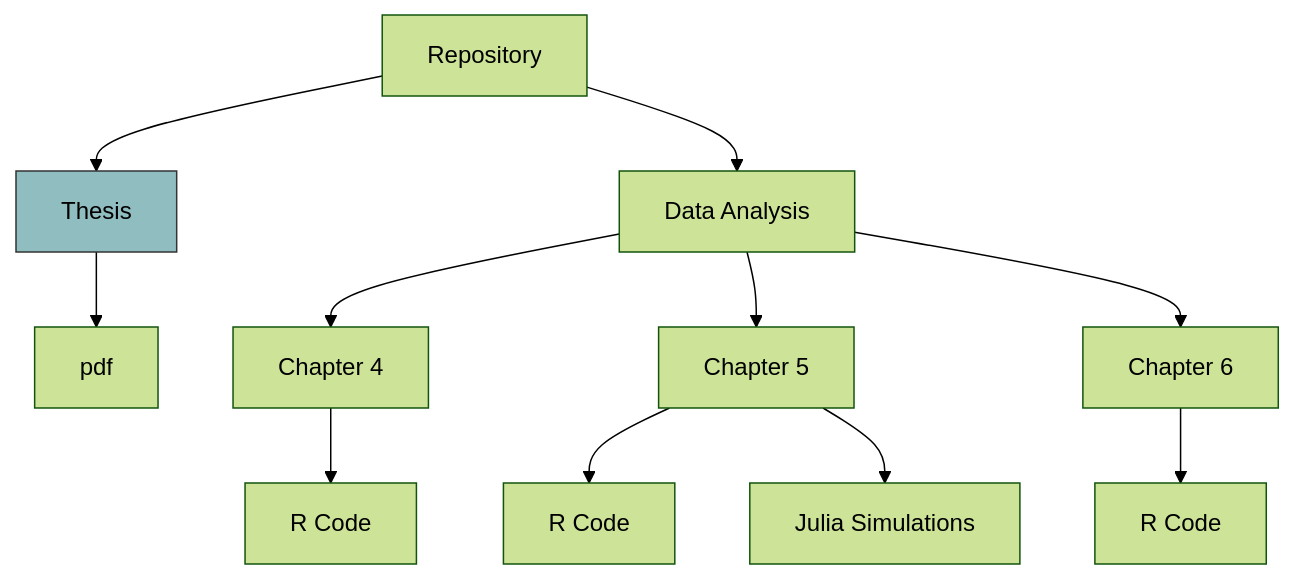
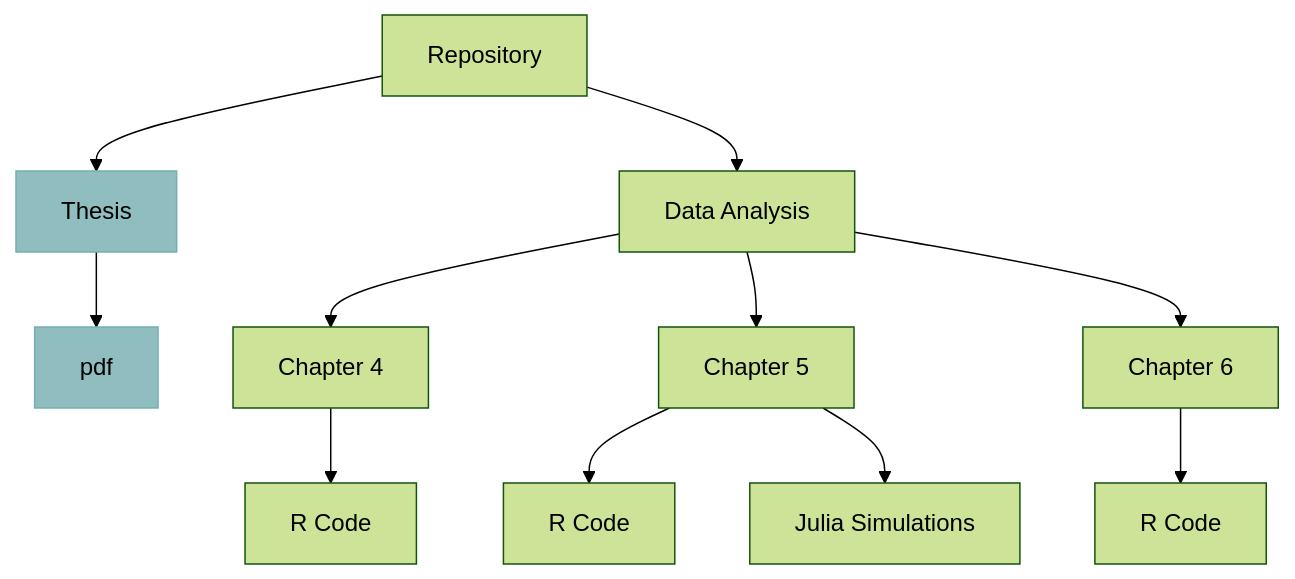
One commit to Raquel-Montero/PhDThesis changed the diagram in README.md. Above: the diagram before and after it, drawn with Mermaid (forest theme).

````diff
--- a/README.md
+++ b/README.md
@@ -6,14 +6,15 @@
 ```mermaid
 graph TD;
     A[Repository] -->B[Thesis];
     B[Thesis] -->B1[pdf];
     A[Repository]-->C[Data Analysis];
     C[Data Analysis] --> D[Chapter 4];
     D[Chapter 4] --> D1[R Code];
     C[Data Analysis] --> E[Chapter 5];
     E[Chapter 5] --> E1[R Code];
     E[Chapter 5] --> E2[Julia Simulations];
     C[Data Analysis] --> F[Chapter 6];
     F[Chapter 6] --> F1[R Code];
-style B fill:#90bdbf, stroke:#333
+style B fill:#90bdbf, stroke:#75b0b2
+style B1 fill:#90bdbf, stroke:#75b0b2
 ```
````
